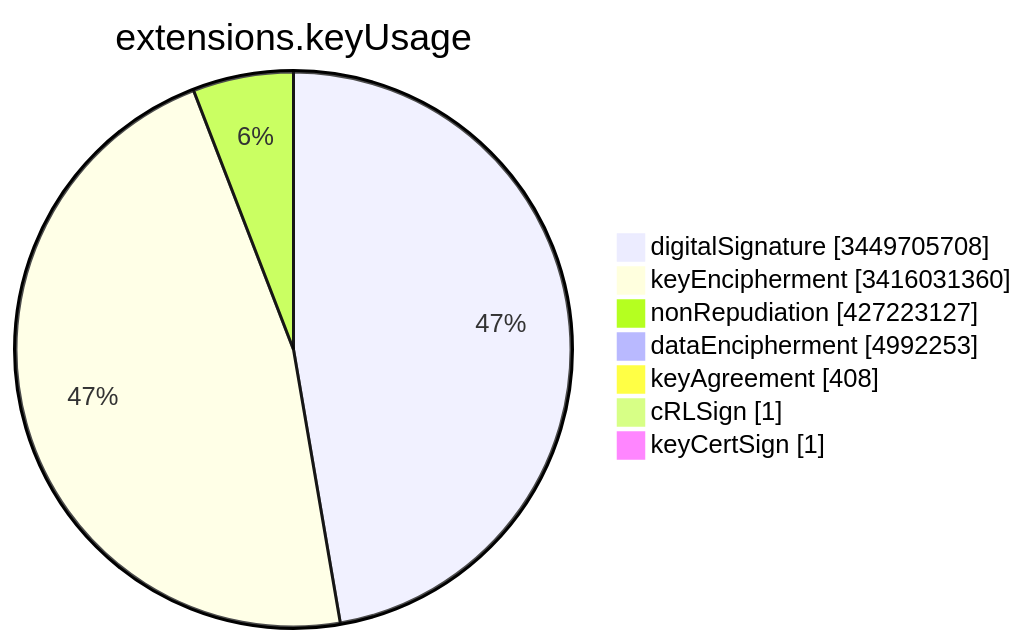
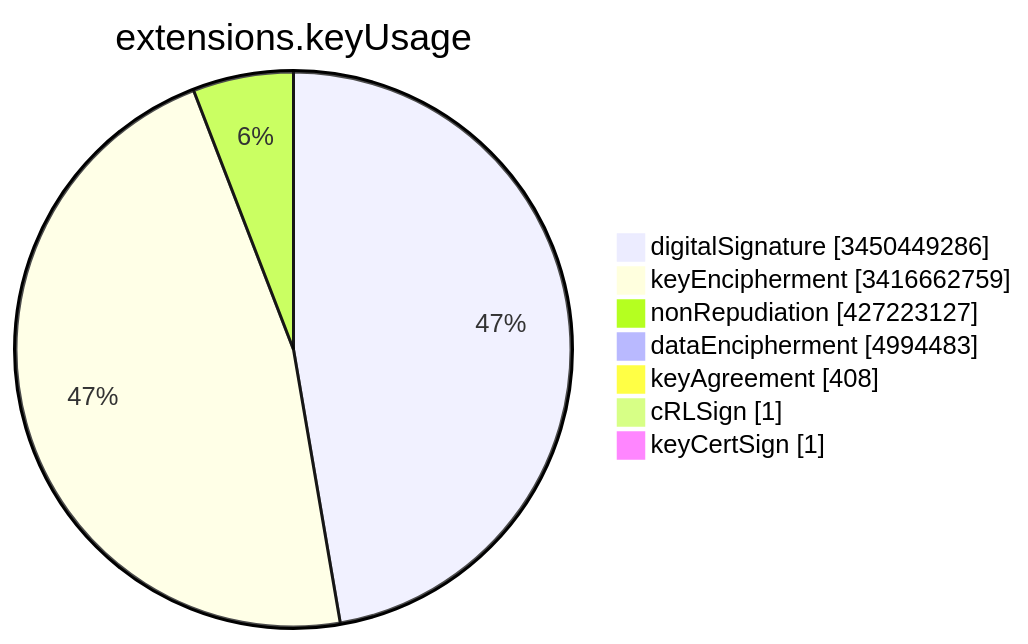
The sixth of 15 diagrams in TOTAL/README.md (christiankrug/ctmonitor_visualization), drawn with Mermaid before and after one commit. The commit also changed other lines of this file, not shown here.

````diff
--- a/TOTAL/README.md
+++ b/TOTAL/README.md
@@ -3082,11 +3082,11 @@
 ```mermaid
 pie showData
 title extensions.keyUsage
-"digitalSignature" :3449705708
-"keyEncipherment" :3416031360
+"digitalSignature" :3450449286
+"keyEncipherment" :3416662759
 "nonRepudiation" :427223127
-"dataEncipherment" :4992253
+"dataEncipherment" :4994483
 "keyAgreement" :408
 "cRLSign" :1
 "keyCertSign" :1
 ```
````
